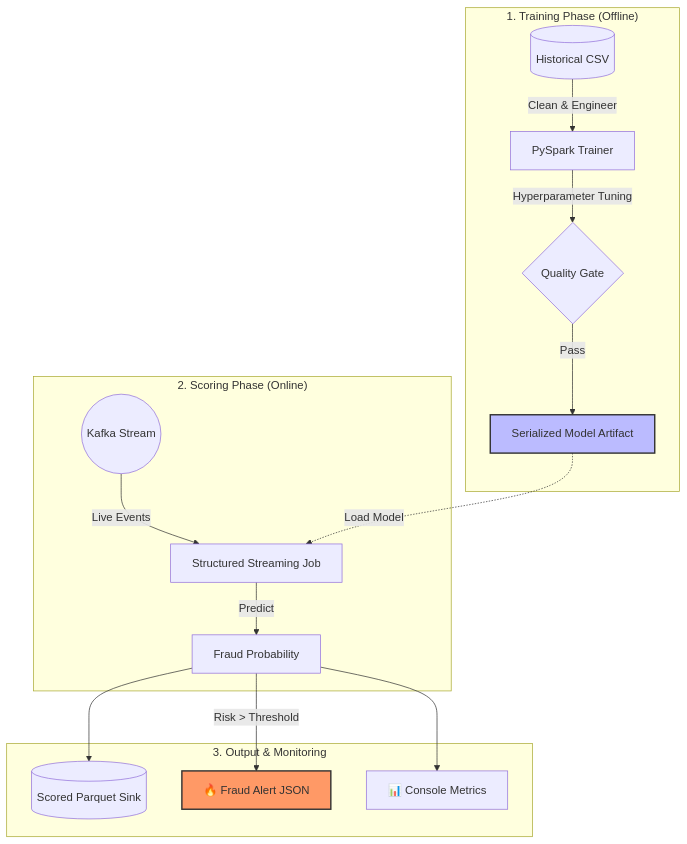
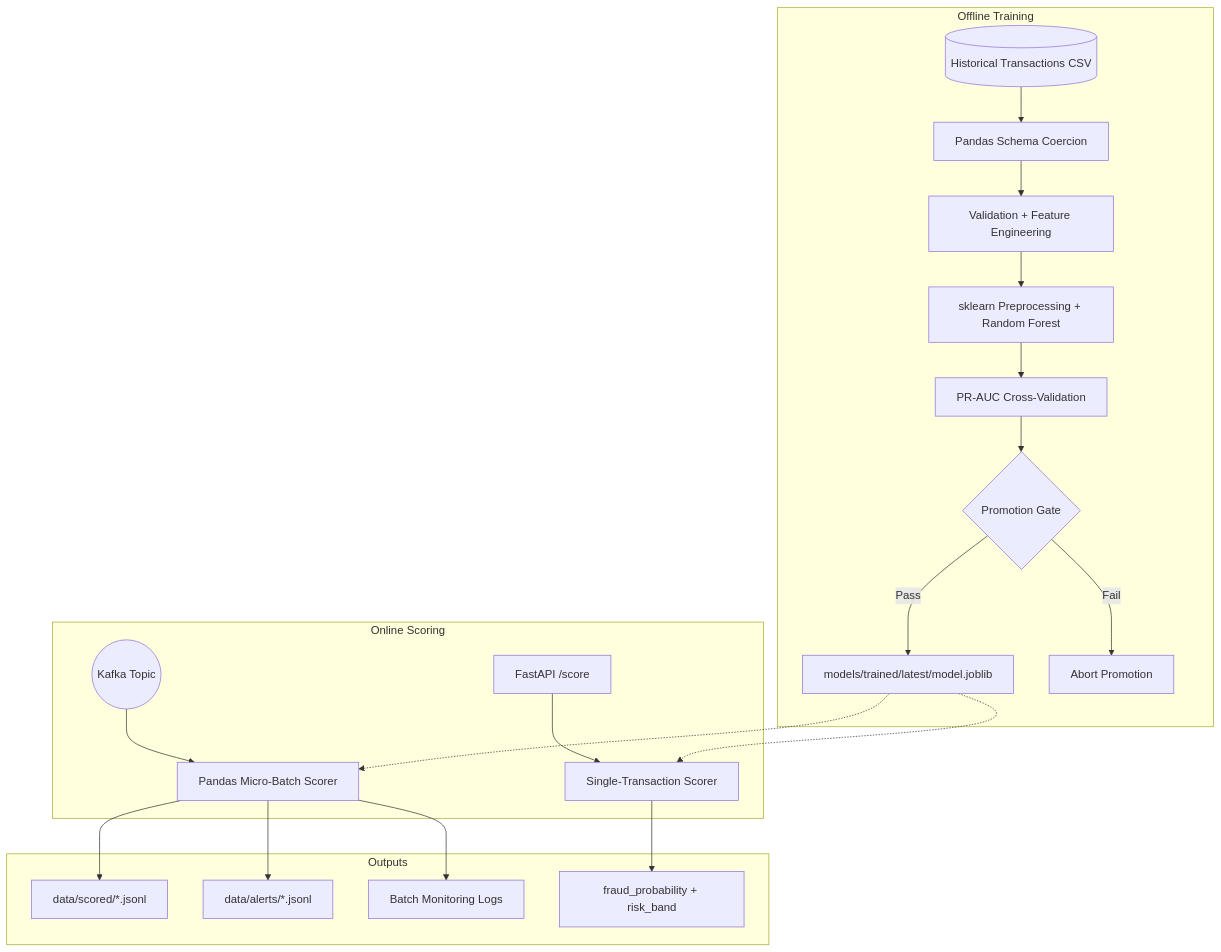
Before and after one commit to Prithwijit24/credit_card_fraud_detection: the diagram in README.md, drawn with Mermaid. The commit also changed other lines of this file and 28 other files, not shown here.

````diff
--- a/README.md
+++ b/README.md
@@ -15,23 +16,26 @@
 ```mermaid
 graph TD
-    subgraph "1. Training Phase (Offline)"
-        A[(Historical CSV)] -->|Clean & Engineer| B[PySpark Trainer]
-        B -->|Hyperparameter Tuning| C{Quality Gate}
-        C -->|Pass| D[Serialized Model Artifact]
+    subgraph "Offline Training"
+        A[(Historical Transactions CSV)] --> B[Pandas Schema Coercion]
+        B --> C[Validation + Feature Engineering]
+        C --> D[sklearn Preprocessing + Random Forest]
+        D --> E[PR-AUC Cross-Validation]
+        E --> F{Promotion Gate}
+        F -->|Pass| G[models/trained/latest/model.joblib]
+        F -->|Fail| H[Abort Promotion]
     end
 
-    subgraph "2. Scoring Phase (Online)"
-        E((Kafka Stream)) -->|Live Events| F[Structured Streaming Job]
-        D -.->|Load Model| F
-        F -->|Predict| G[Fraud Probability]
+    subgraph "Online Scoring"
+        I((Kafka Topic)) --> J[Pandas Micro-Batch Scorer]
+        K[FastAPI /score] --> L[Single-Transaction Scorer]
+        G -.-> J
+        G -.-> L
     end
 
-    subgraph "3. Output & Monitoring"
-        G --> H[(Scored Parquet Sink)]
-        G -->|Risk > Threshold| I[🔥 Fraud Alert JSON]
-        G --> J[📊 Console Metrics]
+    subgraph "Outputs"
+        J --> M[data/scored/*.jsonl]
+        J --> N[data/alerts/*.jsonl]
+        J --> O[Batch Monitoring Logs]
+        L --> P[fraud_probability + risk_band]
     end
-
-    style I fill:#f96,stroke:#333,stroke-width:2px
-    style D fill:#bbf,stroke:#333,stroke-width:2px
 ```
````
